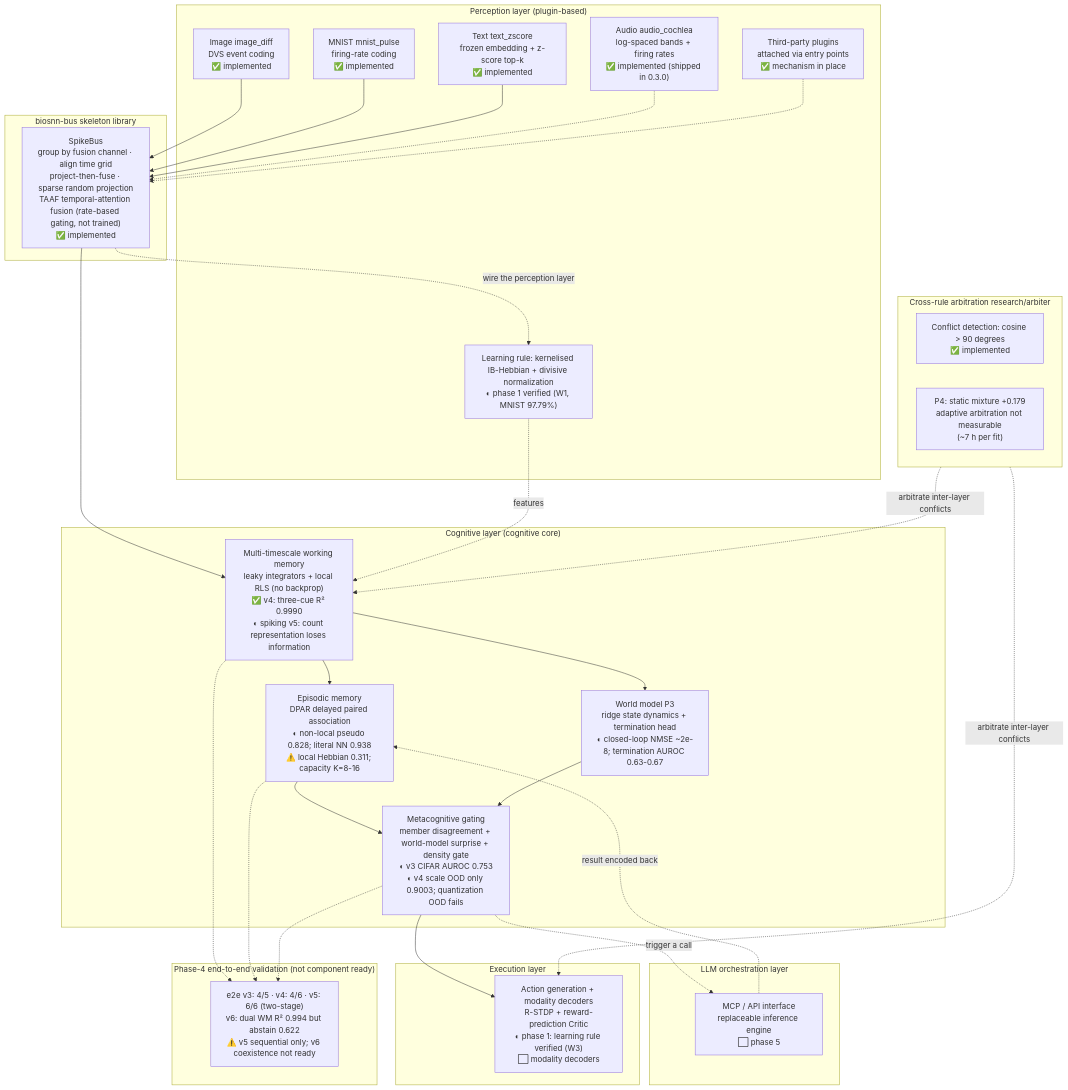
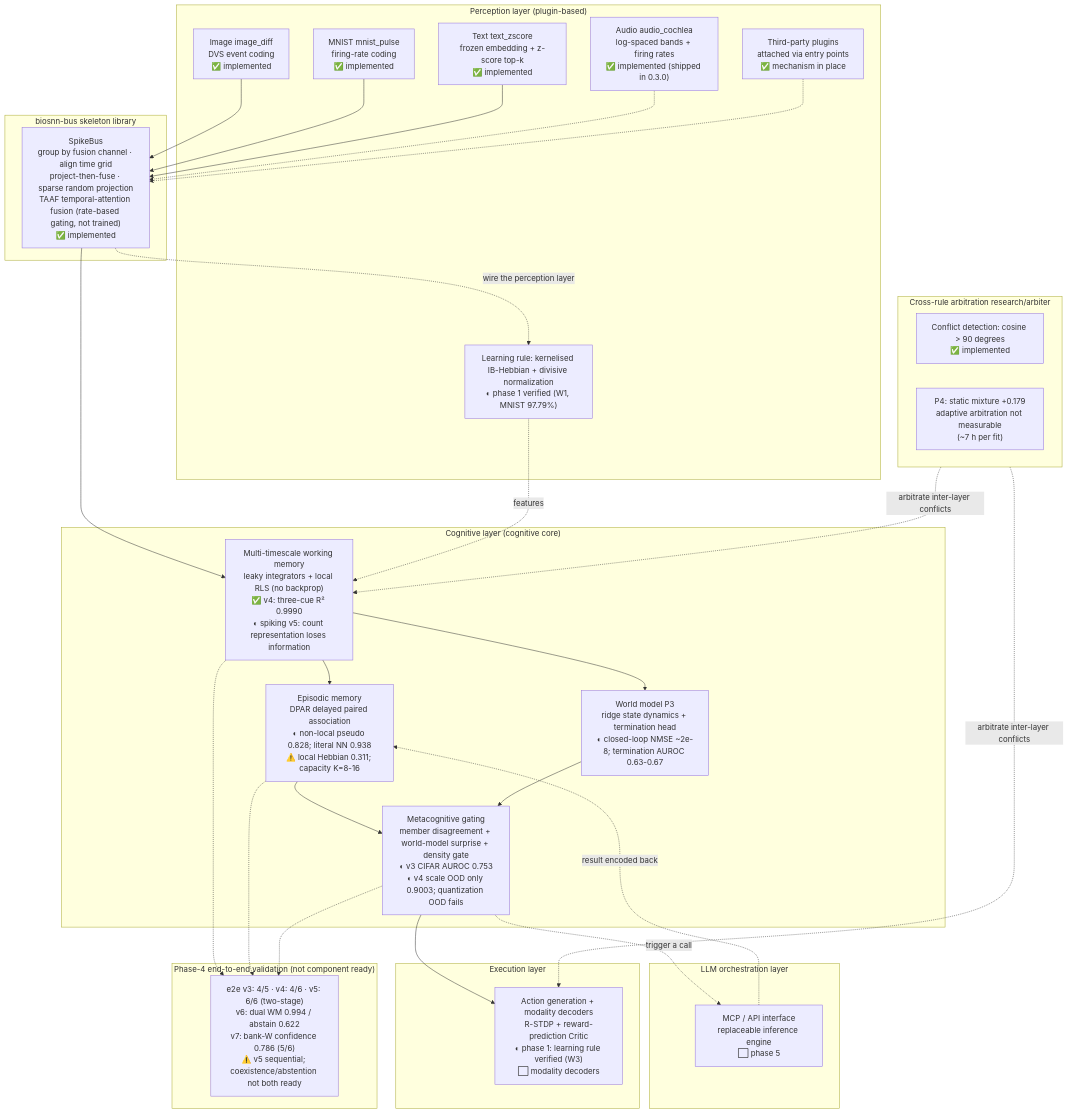
Before and after one commit to lzmd-arch/BioSNN-Plug: the diagram in README.en.md, drawn with Mermaid. The commit also changed other lines of this file and 8 other files, not shown here.

````diff
--- a/README.en.md
+++ b/README.en.md
@@ -148,60 +148,60 @@
 ```mermaid
 flowchart TB
     subgraph L5["LLM orchestration layer"]
         MCP["MCP / API interface<br/>replaceable inference engine<br/>⬜ phase 5"]
     end
 
     subgraph L4["Execution layer"]
         ACT["Action generation + modality decoders<br/>R-STDP + reward-prediction Critic<br/>◐ phase 1: learning rule verified (W3)<br/>⬜ modality decoders"]
     end
 
     subgraph L3["Cognitive layer (cognitive core)"]
         WM["Multi-timescale working memory<br/>leaky integrators + local RLS (no backprop)<br/>✅ v4: three-cue R² 0.9990<br/>◐ spiking v5: count representation loses information"]
         EM["Episodic memory<br/>DPAR delayed paired association<br/>◐ non-local pseudo 0.828; literal NN 0.938<br/>⚠️ local Hebbian 0.311; capacity K=8-16"]
         MG["Metacognitive gating<br/>member disagreement + world-model surprise + density gate<br/>◐ v3 CIFAR AUROC 0.753<br/>◐ v4 scale OOD only 0.9003; quantization OOD fails"]
         WMODEL["World model P3<br/>ridge state dynamics + termination head<br/>◐ closed-loop NMSE ~2e-8; termination AUROC 0.63-0.67"]
     end
 
     subgraph ARB["Cross-rule arbitration research/arbiter"]
         CF["Conflict detection: cosine > 90 degrees<br/>✅ implemented"]
         ES["P4: static mixture +0.179<br/>adaptive arbitration not measurable<br/>(~7 h per fit)"]
     end
 
     subgraph L2["biosnn-bus skeleton library"]
         BUS["SpikeBus<br/>group by fusion channel · align time grid<br/>project-then-fuse · sparse random projection<br/>TAAF temporal-attention fusion (rate-based gating, not trained)<br/>✅ implemented"]
     end
 
     subgraph L1["Perception layer (plugin-based)"]
         IMG["Image image_diff<br/>DVS event coding<br/>✅ implemented"]
         MN["MNIST mnist_pulse<br/>firing-rate coding<br/>✅ implemented"]
         TXT["Text text_zscore<br/>frozen embedding + z-score top-k<br/>✅ implemented"]
         AUD["Audio audio_cochlea<br/>log-spaced bands + firing rates<br/>✅ implemented (shipped in 0.3.0)"]
         THIRD["Third-party plugins<br/>attached via entry points<br/>✅ mechanism in place"]
         HEB["Learning rule: kernelised IB-Hebbian + divisive normalization<br/>◐ phase 1 verified (W1, MNIST 97.79%)"]
     end
 
     IMG --> BUS
     MN --> BUS
     TXT --> BUS
     AUD -.-> BUS
     THIRD -.-> BUS
     BUS --> WM
     BUS -.->|wire the perception layer| HEB
     HEB -.->|features| WM
     WM --> EM
     WM --> WMODEL
     EM --> MG
     WMODEL --> MG
     MG --> ACT
     MG -.->|trigger a call| MCP
     MCP -.->|result encoded back| EM
     ARB -.->|arbitrate inter-layer conflicts| WM
     ARB -.->|arbitrate inter-layer conflicts| ACT
 
     subgraph S4["Phase-4 end-to-end validation (not component ready)"]
-        E2E["e2e v3: 4/5 · v4: 4/6 · v5: 6/6 (two-stage)<br/>v6: dual WM R² 0.994 but abstain 0.622<br/>⚠️ v5 sequential only; v6 coexistence not ready"]
+        E2E["e2e v3: 4/5 · v4: 4/6 · v5: 6/6 (two-stage)<br/>v6: dual WM 0.994 / abstain 0.622<br/>v7: bank-W confidence 0.786 (5/6)<br/>⚠️ v5 sequential; coexistence/abstention not both ready"]
     end
     WM -.-> E2E
     EM -.-> E2E
     MG -.-> E2E
 ```
````
